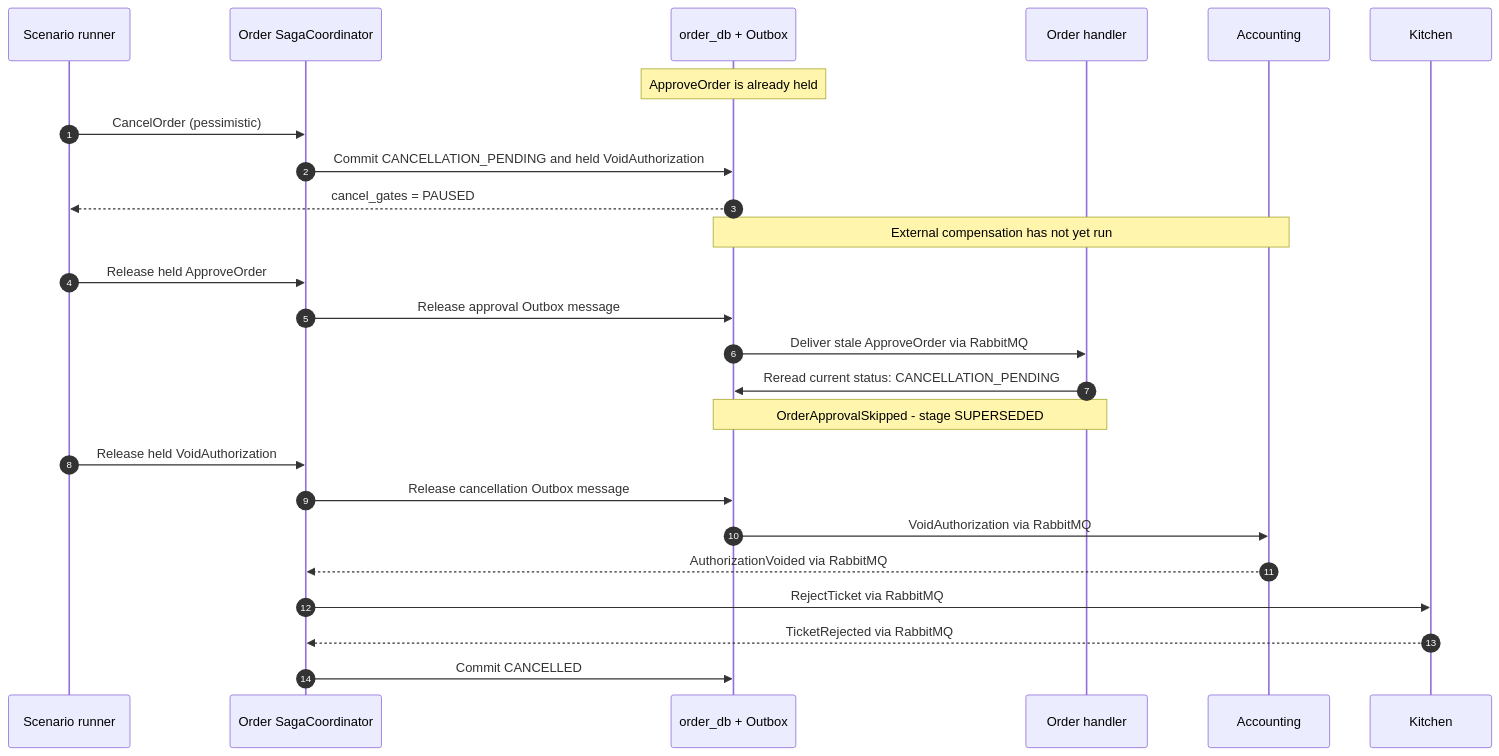
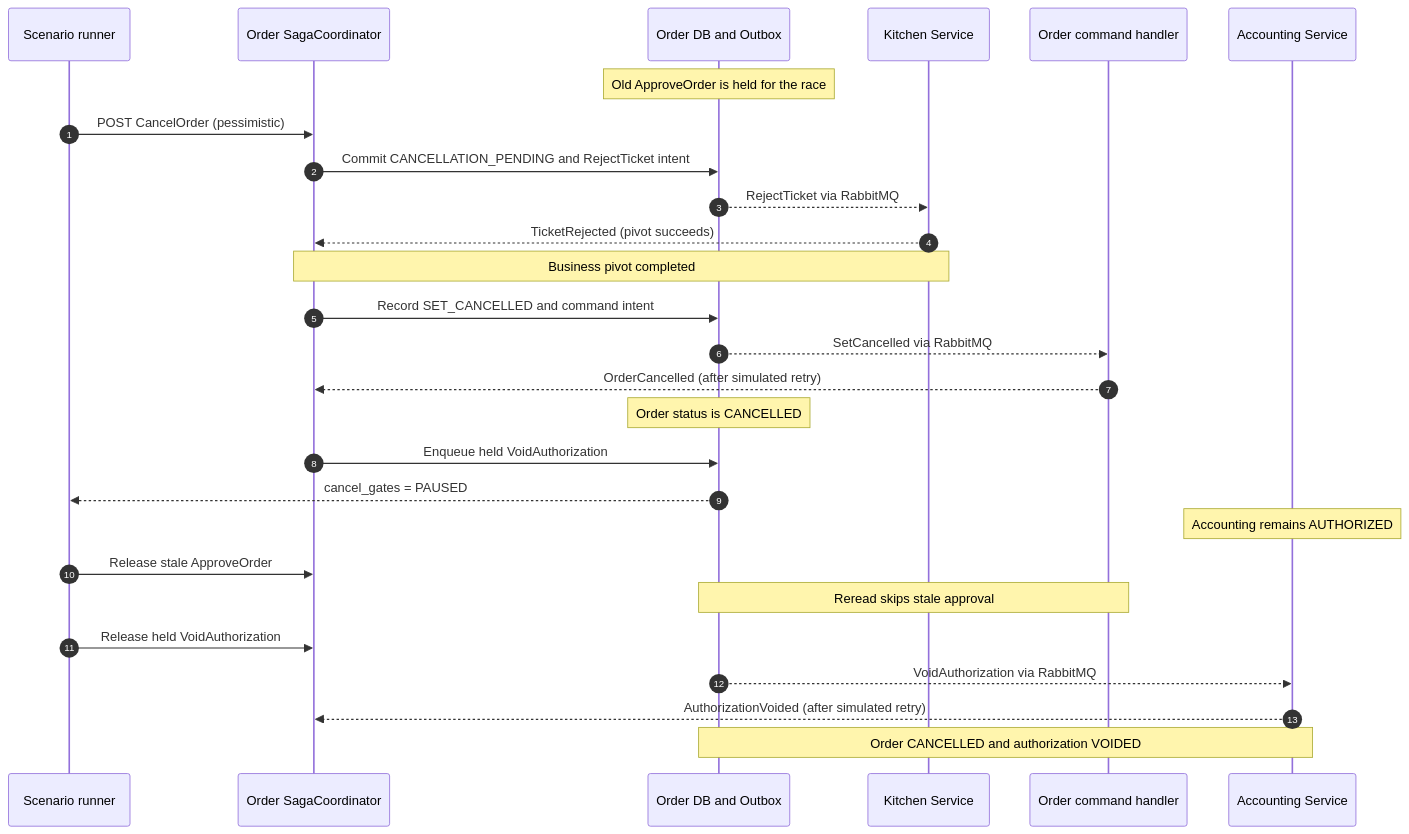
One commit to saverioieva/information-systems-design-big-data-examples changed the seventh of 9 diagrams in microservices-coordination-and-orchestration/saga-isolation/README.md. Above: the diagram before and after it, drawn with Mermaid. The commit also changed other lines of this file and 60 other files, not shown here.

First line of the commit message:
fix(saga-isolation): align pessimistic view with saga pivot semantics

````diff
--- a/microservices-coordination-and-orchestration/saga-isolation/README.md
+++ b/microservices-coordination-and-orchestration/saga-isolation/README.md
@@ -383,27 +405,29 @@
 ```mermaid
 sequenceDiagram
     autonumber
     participant Demo as Scenario runner
     participant O as Order SagaCoordinator
-    participant DB as order_db + Outbox
-    participant H as Order handler
-    participant A as Accounting
-    participant K as Kitchen
-    Note over DB: ApproveOrder is already held
-    Demo->>O: CancelOrder (pessimistic)
-    O->>DB: Commit CANCELLATION_PENDING and held VoidAuthorization
+    participant DB as Order DB and Outbox
+    participant K as Kitchen Service
+    participant H as Order command handler
+    participant A as Accounting Service
+    Note over DB: Old ApproveOrder is held for the race
+    Demo->>O: POST CancelOrder (pessimistic)
+    O->>DB: Commit CANCELLATION_PENDING and RejectTicket intent
+    DB-->>K: RejectTicket via RabbitMQ
+    K-->>O: TicketRejected (pivot succeeds)
+    Note over O,K: Business pivot completed
+    O->>DB: Record SET_CANCELLED and command intent
+    DB-->>H: SetCancelled via RabbitMQ
+    H-->>O: OrderCancelled (after simulated retry)
+    Note over DB: Order status is CANCELLED
+    O->>DB: Enqueue held VoidAuthorization
     DB-->>Demo: cancel_gates = PAUSED
-    Note over DB,A: External compensation has not yet run
-    Demo->>O: Release held ApproveOrder
-    O->>DB: Release approval Outbox message
-    DB->>H: Deliver stale ApproveOrder via RabbitMQ
-    H->>DB: Reread current status: CANCELLATION_PENDING
-    Note over H,DB: OrderApprovalSkipped - stage SUPERSEDED
+    Note over A: Accounting remains AUTHORIZED
+    Demo->>O: Release stale ApproveOrder
+    Note over H,DB: Reread skips stale approval
     Demo->>O: Release held VoidAuthorization
-    O->>DB: Release cancellation Outbox message
-    DB->>A: VoidAuthorization via RabbitMQ
-    A-->>O: AuthorizationVoided via RabbitMQ
-    O->>K: RejectTicket via RabbitMQ
-    K-->>O: TicketRejected via RabbitMQ
-    O->>DB: Commit CANCELLED
+    DB-->>A: VoidAuthorization via RabbitMQ
+    A-->>O: AuthorizationVoided (after simulated retry)
+    Note over DB,A: Order CANCELLED and authorization VOIDED
 ```
````
